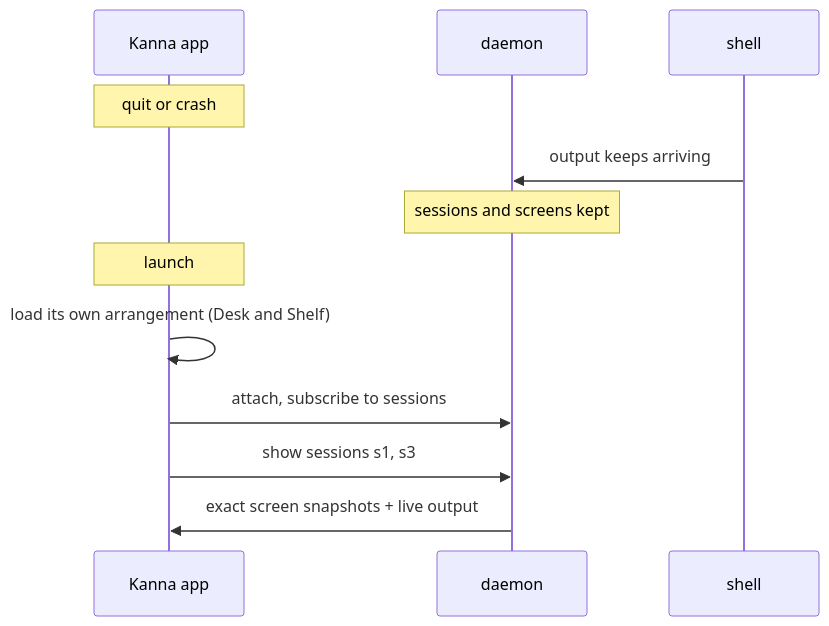
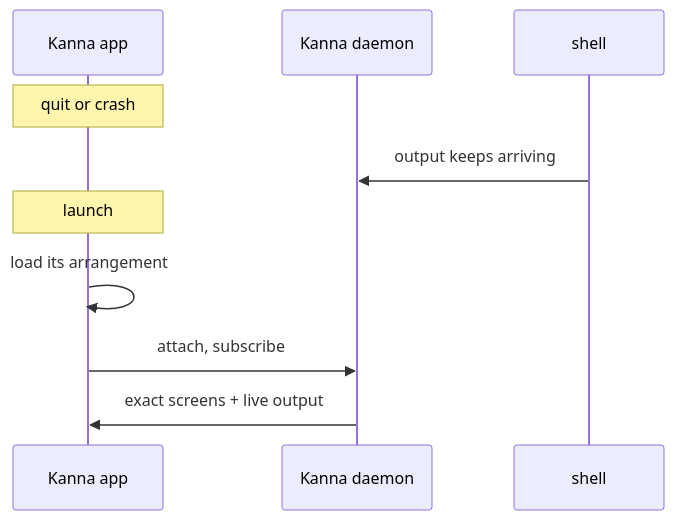
One commit to jemdiggity/kanna-v4 changed the seventh of 9 diagrams in docs/research/mux-architecture.md. Above: the diagram before and after it, drawn with Mermaid. The commit also changed other lines of this file, not shown here.

Commit message:
Mux architecture: kmux stays an app with libraries; Kanna owns the daemon and keeper, built on kmux's CLI shape and mux UI

````diff
--- a/docs/research/mux-architecture.md
+++ b/docs/research/mux-architecture.md
@@ -225,14 +216,12 @@
 ```mermaid
 sequenceDiagram
     participant A as Kanna app
-    participant D as daemon
+    participant D as Kanna daemon
     participant S as shell
     Note over A: quit or crash
     S->>D: output keeps arriving
-    Note over D: sessions and screens kept
     Note over A: launch
-    A->>A: load its own arrangement (Desk and Shelf)
-    A->>D: attach, subscribe to sessions
-    A->>D: show sessions s1, s3
-    D->>A: exact screen snapshots + live output
+    A->>A: load its arrangement
+    A->>D: attach, subscribe
+    D->>A: exact screens + live output
 ```
````
